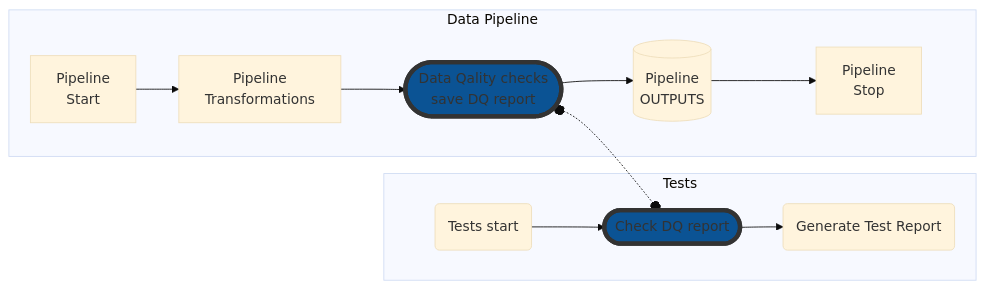
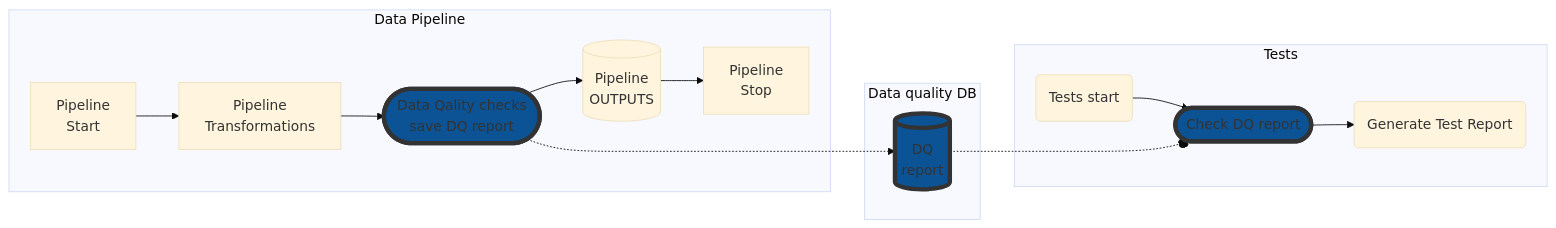
Before and after one commit to kravchenkog/dq_integration_example: the first of 2 diagrams in README.md, drawn with Mermaid (base theme). The commit also changed other lines of this file, not shown here.

````diff
--- a/README.md
+++ b/README.md
@@ -26,16 +27,20 @@
 ```mermaid
     flowchart LR
     style C fill:#0b5394,stroke:#333,stroke-width:5px
     style G fill:#0b5394,stroke:#333,stroke-width:5px
+    style X fill:#0b5394,stroke:#333,stroke-width:5px
     
     subgraph Data Pipeline
     A[Pipeline</br> Start] --> B[Pipeline</br> Transformations]
     B --> C([Data Qality checks </br> save DQ report])
     C --> D[(Pipeline </br>OUTPUTS)] --> E[Pipeline</br> Stop]
     end
+    subgraph Data quality DB
+    C -...-> X[(DQ </br>report)]
+    end
     subgraph Tests
     F(Tests start) --> G([Check DQ report]) --> H(Generate Test Report)
-    C o-.-o G
+    X -..-o G
     end
 
 ```
````
